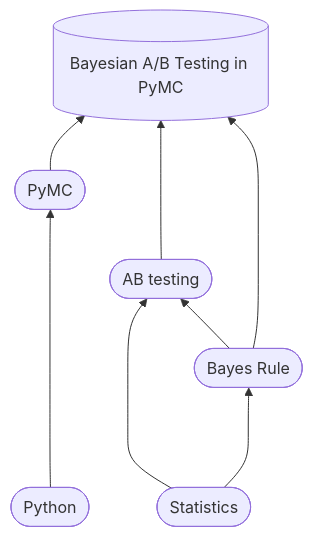
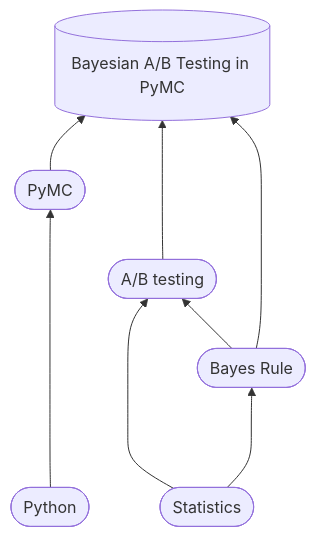
Before and after one commit to epfl-exts/WEF-workshop-2023: the diagram in Day1-01/slide.qmd, drawn with Mermaid. The commit also changed other lines of this file, not shown here.

````diff
--- a/Day1-01/slide.qmd
+++ b/Day1-01/slide.qmd
@@ -44,10 +69,10 @@
 ```{mermaid}
 flowchart BT
   A([Python]) -----> E([PyMC])
   B([Statistics]) ---> D([A/B testing]) 
   B([Statistics]) ---> C([Bayes Rule]) 
   C([Bayes Rule]) --> D([A/B testing])  
   C([Bayes Rule]) ---> F[(Bayesian A/B Testing in PyMC)]
   E([PyMC]) --> F[(Bayesian A/B Testing in PyMC)]
-  D([AB testing])  ---> F[(Bayesian A/B Testing in PyMC)]
+  D([A/B testing])  ---> F[(Bayesian A/B Testing in PyMC)]
 ```
````
